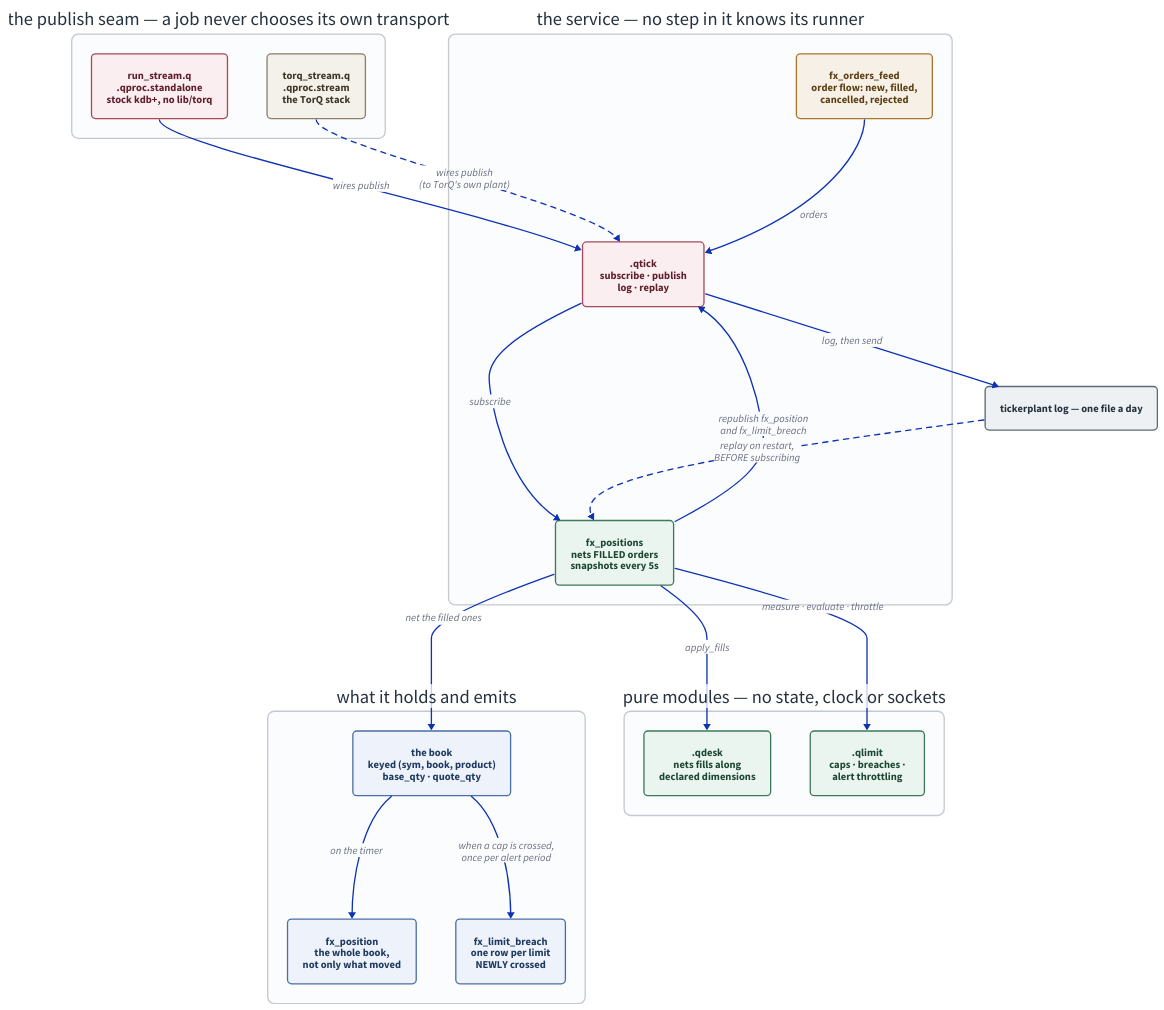
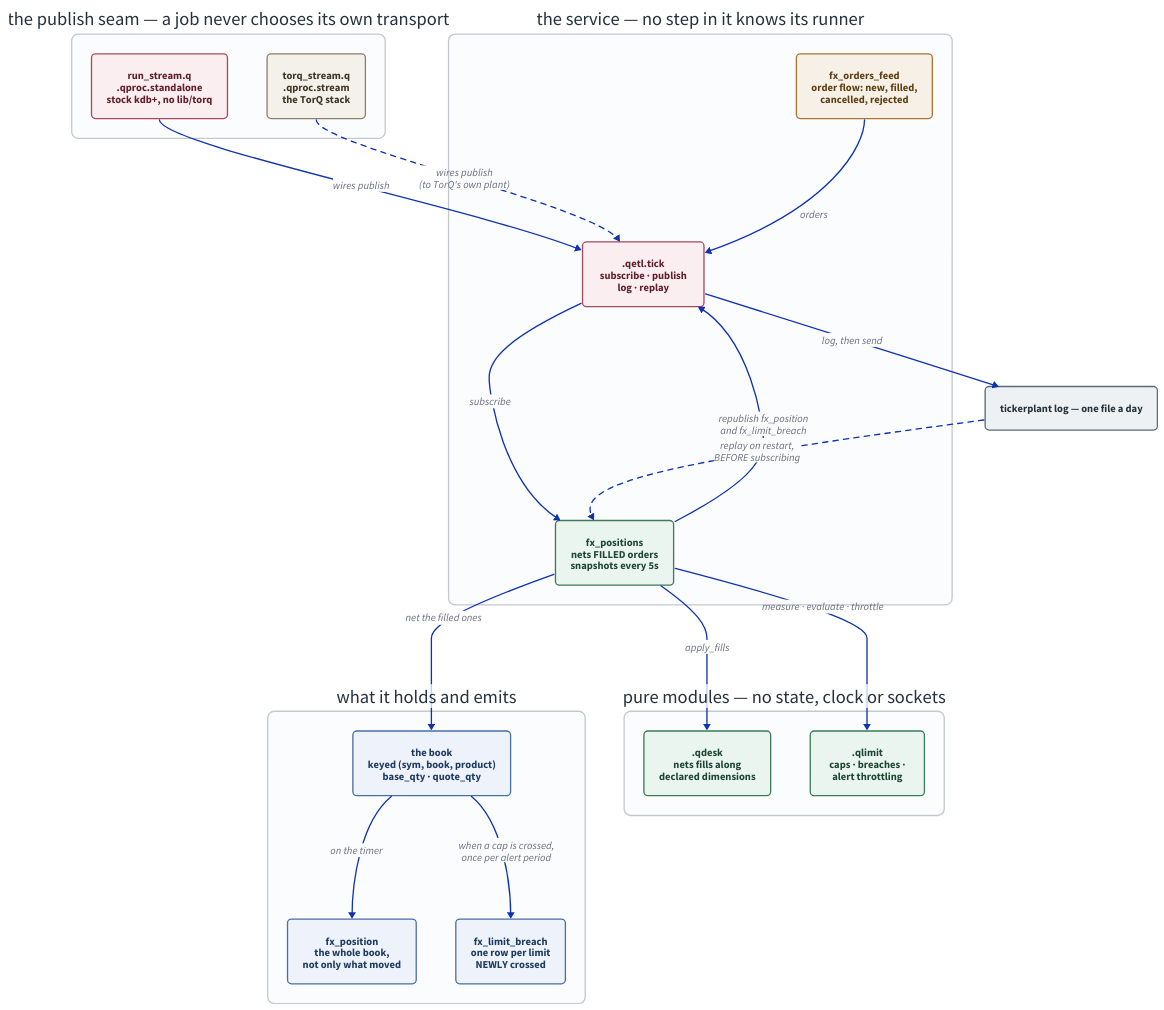
One commit to kwojdalski/uqf changed the diagram in docs/diagrams/fx-positions-service.d2. Above: the diagram before and after it, drawn with D2. The commit also changed 234 other files, not shown here.

```diff
--- a/docs/diagrams/fx-positions-service.d2
+++ b/docs/diagrams/fx-positions-service.d2
@@ -1,149 +1,149 @@
 # fx-positions-service.d2 - the FX positions service on stock kdb+.
 #
 # Rendered by scripts/generate/render_diagrams.py, which CI runs with
 # --check. Embedded from docs/services/fx-positions.md.
 #
 # WHAT THIS DIAGRAM IS FOR. The thing worth seeing is the SEAM, not the
 # boxes: every job in this tree calls `publish` in its own namespace, and
 # something else decides what that means. Until run_stream.q the only
 # thing that ever decided was TorQ, so "the jobs are TorQ-free" was a
 # claim about the source tree rather than about running one. The two
 # runners are drawn side by side against the same seam because that is
 # the whole argument - the job files below the seam are identical on both
 # paths, and nothing in them knows which runner started them.
 #
 # The dashed edge back from the log to the service is deliberately not
 # the same kind of arrow as the live ones: it is traversed once, at
 # startup, BEFORE the subscription exists. Drawing it as just another
 # input would hide the ordering the recovery depends on.
 
 #
 # NO grid-columns ON THE BANDS. dagre lays a grid container out as one
 # opaque block, so edges into its cells do not rank anything: the first
 # version gridded every band, came out as a 3427x256 strip with all five
 # bands in one row, and drew every edge along the same horizontal line
 # through the boxes between. The republish edge starts at the service,
 # which is who calls publish (fx_positions.q on_timer), rather than at the
 # two tables - from there it was a back-edge cut through the state band.
 
 direction: down
 
 vars: {
   d2-config: {
     pad: 40
   }
 }
 
 # Same palette as repo-overview.d2 and stack-topology.d2, so the set reads
 # as one system: light fills with dark text in both themes rather than a
 # --dark-theme pairing, which d2 still applies explicit styles over
 # (d2lang/d2#831).
 classes: {
   feed: {
     style: {
       fill: "#f6f0e6"
       stroke: "#a8762f"
       font-color: "#5c3f13"
       border-radius: 6
     }
   }
   job: {
     style: {
       fill: "#eaf5ef"
       stroke: "#3d7a5a"
       font-color: "#1d4733"
       border-radius: 6
     }
   }
   plant: {
     style: {
       fill: "#fbeef0"
       stroke: "#a54a5c"
       font-color: "#5f1f2c"
       border-radius: 6
     }
   }
   table: {
     style: {
       fill: "#eef3fb"
       stroke: "#4a6fa5"
       font-color: "#1e3a5f"
       border-radius: 6
     }
   }
   store: {
     style: {
       fill: "#eef1f4"
       stroke: "#5a6a78"
       font-color: "#25323d"
       border-radius: 6
     }
   }
   lib: {
     style: {
       fill: "#f4f1ea"
       stroke: "#8a7f6a"
       font-color: "#3d3527"
       border-radius: 6
     }
   }
   band: {
     style: {
       fill: "#fbfcfd"
       stroke: "#c3c9cf"
       font-color: "#25323d"
       stroke-width: 2
       border-radius: 10
     }
   }
 }
 
 runners: "the publish seam — a job never chooses its own transport" {
   class: band
 
   standalone: "run_stream.q\n.qproc.standalone\nstock kdb+, no lib/torq" { class: plant }
   torq: "torq_stream.q\n.qproc.stream\nthe TorQ stack" { class: lib }
 }
 
 pipeline: "the service — no step in it knows its runner" {
   class: band
 
   feed: "fx_orders_feed\norder flow: new, filled,\ncancelled, rejected" { class: feed }
-  plant: ".qtick\nsubscribe · publish\nlog · replay" { class: plant }
+  plant: ".qetl.tick\nsubscribe · publish\nlog · replay" { class: plant }
   service: "fx_positions\nnets FILLED orders\nsnapshots every 5s" { class: job }
 }
 
 state: "what it holds and emits" {
   class: band
 
   book: "the book\nkeyed (sym, book, product)\nbase_qty · quote_qty" { class: table }
   snapshot: "fx_position\nthe whole book,\nnot only what moved" { class: table }
   breach: "fx_limit_breach\none row per limit\nNEWLY crossed" { class: table }
 }
 
 log: "tickerplant log — one file a day" { class: store }
 
 modules: "pure modules — no state, clock or sockets" {
   class: band
 
   desk: ".qdesk\nnets fills along\ndeclared dimensions" { class: job }
   limit: ".qlimit\ncaps · breaches ·\nalert throttling" { class: job }
 }
 
 runners.standalone -> pipeline.plant: "wires publish"
 runners.torq -> pipeline.plant: "wires publish\n(to TorQ's own plant)" { style.stroke-dash: 4 }
 
 pipeline.feed -> pipeline.plant: "orders"
 pipeline.plant -> pipeline.service: "subscribe"
 pipeline.plant -> log: "log, then send"
 
 log -> pipeline.service: "replay on restart,\nBEFORE subscribing" { style.stroke-dash: 4 }
 
 pipeline.service -> state.book: "net the filled ones"
 state.book -> state.snapshot: "on the timer"
 state.book -> state.breach: "when a cap is crossed,\nonce per alert period"
 
 pipeline.service -> pipeline.plant: "republish fx_position\nand fx_limit_breach"
 
 pipeline.service -> modules.desk: "apply_fills"
 pipeline.service -> modules.limit: "measure · evaluate · throttle"
```
